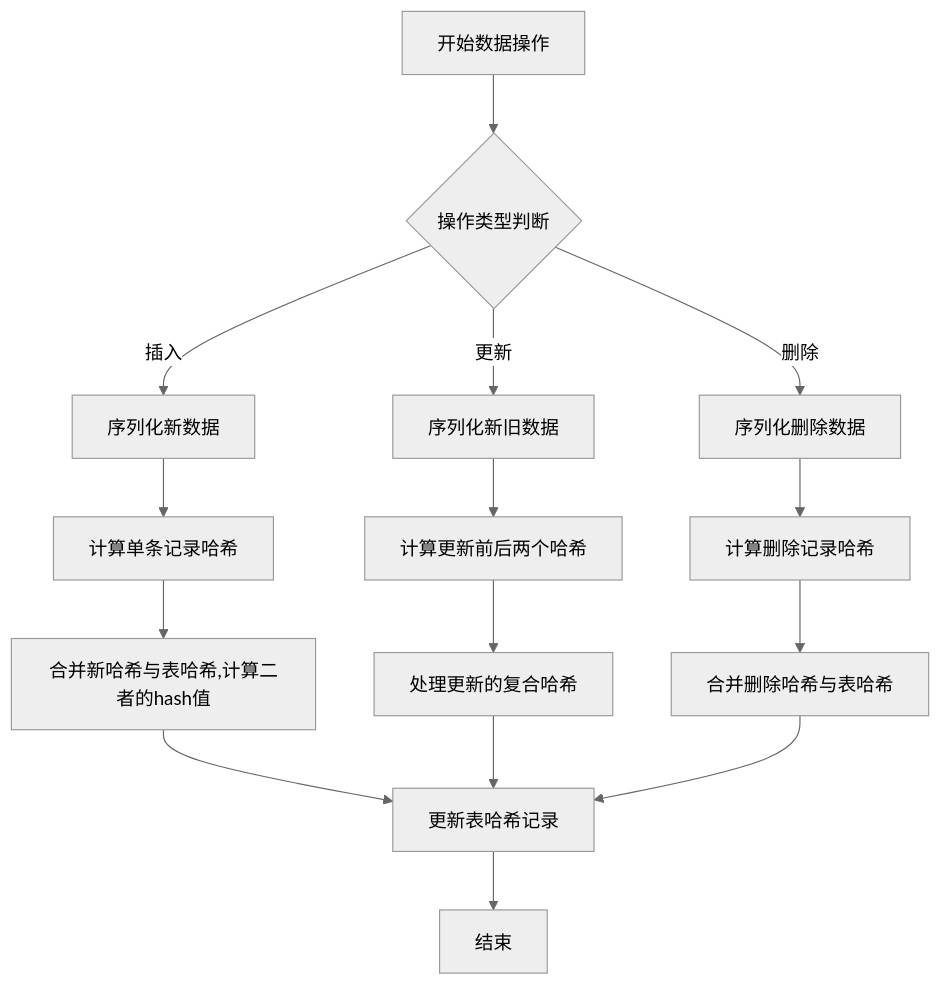
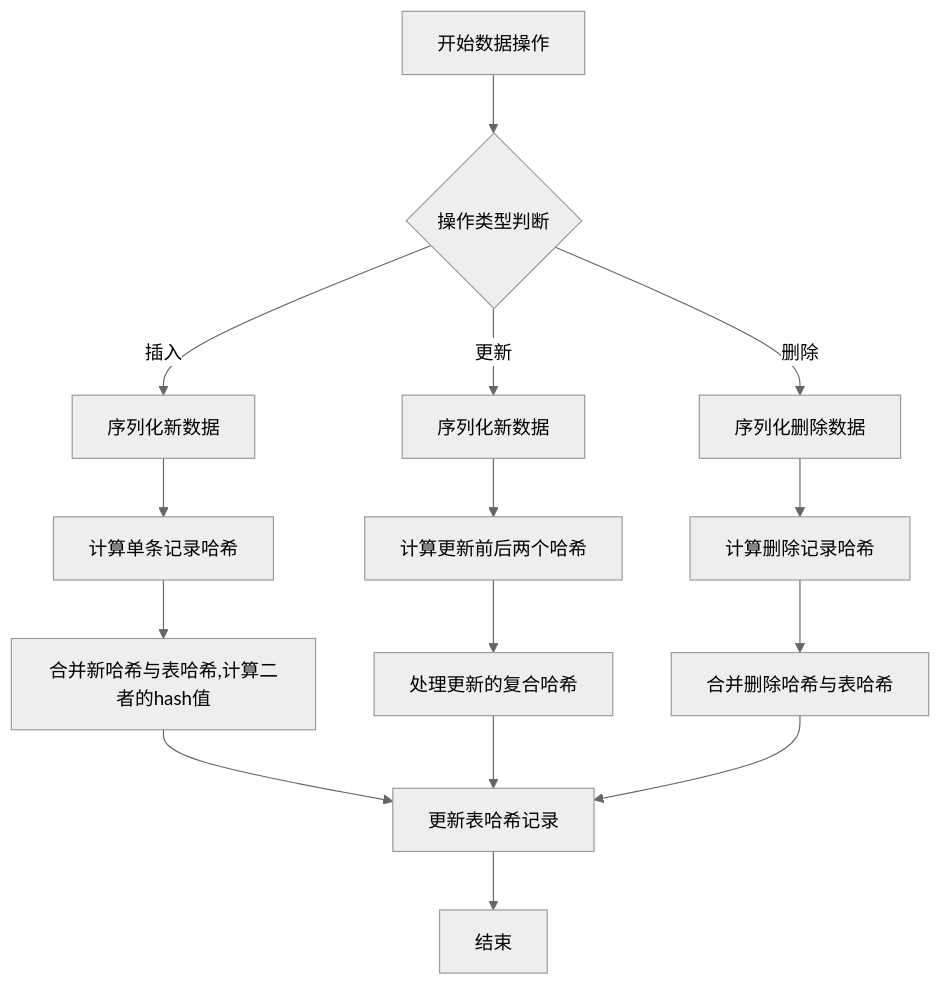
The diagram in all/未命名-63.md (yingjianzh/iodraw-files), drawn with Mermaid (neutral theme) before and after one commit.

Commit message:
2025-05-19 15:01:24 update

````diff
--- a/all/未命名-63.md
+++ b/all/未命名-63.md
@@ -1,21 +1,21 @@
 ```mermaid
 flowchart TD
     A[开始数据操作] --> B{操作类型判断}
     B -->|插入| C[序列化新数据]
-    B -->|更新| D[序列化新旧数据]
+    B -->|更新| D[序列化新数据]
     B -->|删除| E[序列化删除数据]
     
     C --> F[计算单条记录哈希]
     D --> G[计算更新前后两个哈希]
     E --> H[计算删除记录哈希]
     
     F --> I[合并新哈希与表哈希,计算二者的hash值]
     G --> J[处理更新的复合哈希]
     H --> K[合并删除哈希与表哈希]
     
     I --> L[更新表哈希记录]
     J --> L
     K --> L
     
     L --> M[结束]
 ```
````
